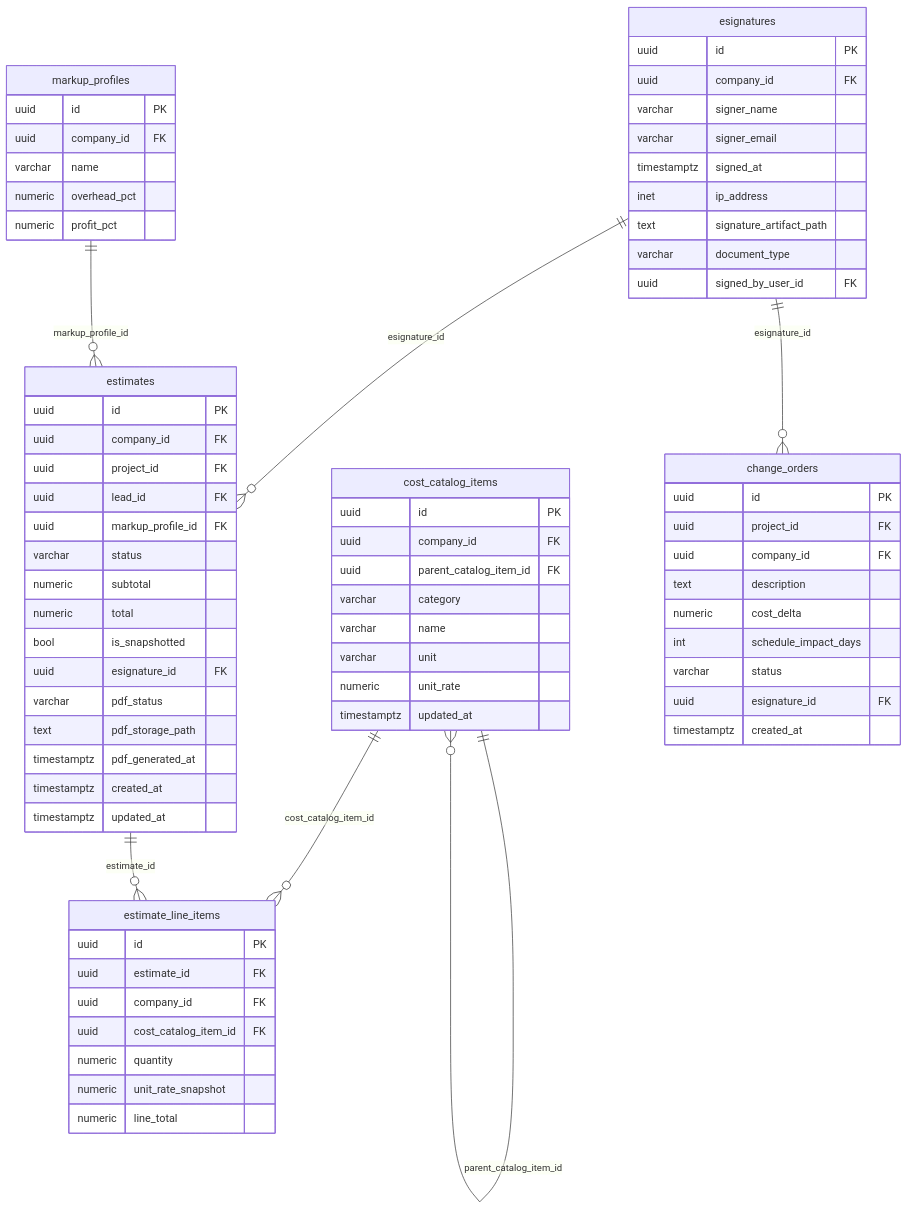
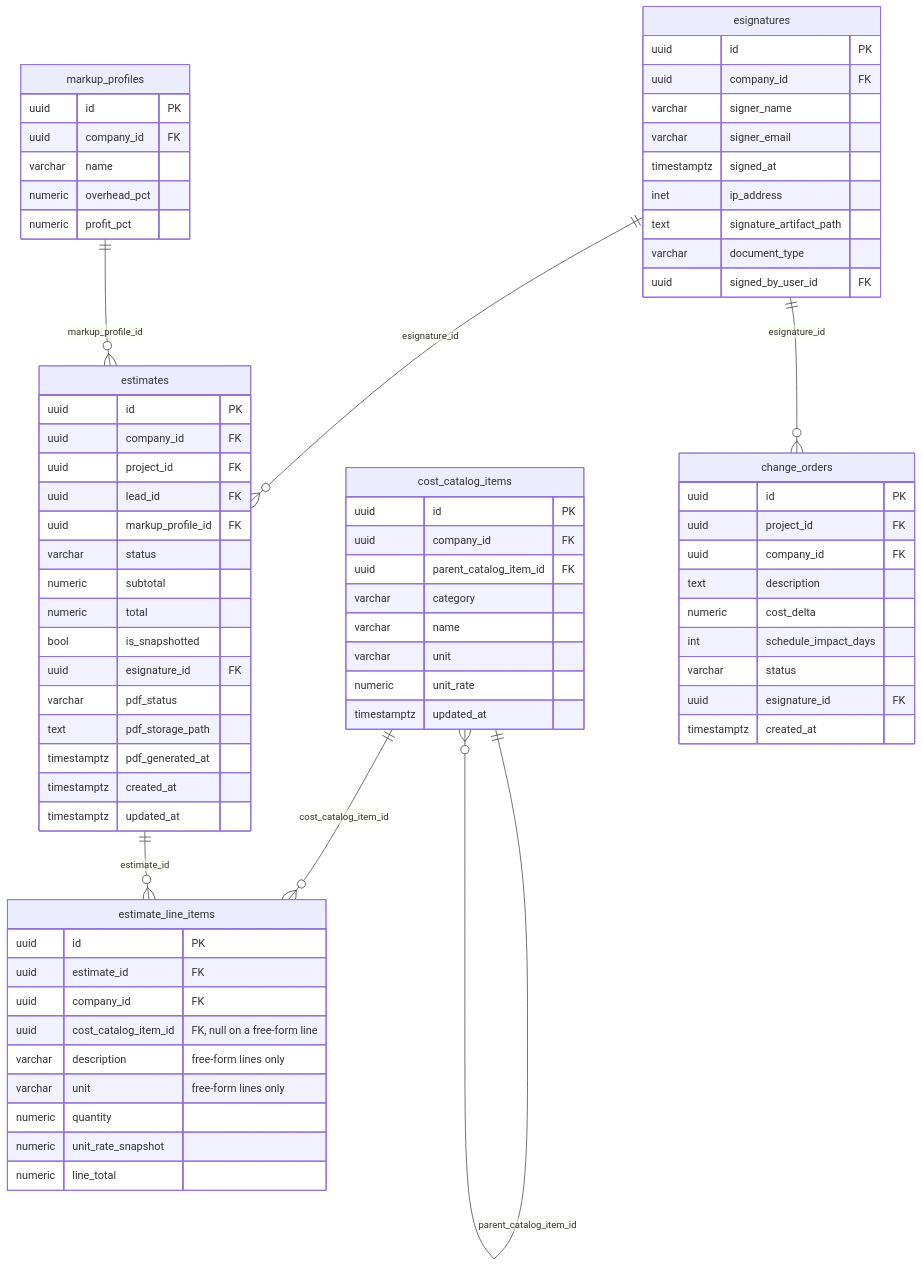
Before and after one commit to ETXSVC/New_Builders_Stream: the fifth of 13 diagrams in docs/13-database-erd.md, drawn with Mermaid. The commit also changed other lines of this file and 17 other files, not shown here.

First line of the commit message:
feat(estimates): a line for the work the catalog doesn't price (#136)

````diff
--- a/docs/13-database-erd.md
+++ b/docs/13-database-erd.md
@@ -276,75 +277,77 @@
 ```mermaid
 erDiagram
     cost_catalog_items {
         uuid id "PK"
         uuid company_id "FK"
         uuid parent_catalog_item_id "FK"
         varchar category
         varchar name
         varchar unit
         numeric unit_rate
         timestamptz updated_at
     }
     markup_profiles {
         uuid id "PK"
         uuid company_id "FK"
         varchar name
         numeric overhead_pct
         numeric profit_pct
     }
     estimates {
         uuid id "PK"
         uuid company_id "FK"
         uuid project_id "FK"
         uuid lead_id "FK"
         uuid markup_profile_id "FK"
         varchar status
         numeric subtotal
         numeric total
         bool is_snapshotted
         uuid esignature_id "FK"
         varchar pdf_status
         text pdf_storage_path
         timestamptz pdf_generated_at
         timestamptz created_at
         timestamptz updated_at
     }
     estimate_line_items {
         uuid id "PK"
         uuid estimate_id "FK"
         uuid company_id "FK"
-        uuid cost_catalog_item_id "FK"
+        uuid cost_catalog_item_id "FK, null on a free-form line"
+        varchar description "free-form lines only"
+        varchar unit "free-form lines only"
         numeric quantity
         numeric unit_rate_snapshot
         numeric line_total
     }
     esignatures {
         uuid id "PK"
         uuid company_id "FK"
         varchar signer_name
         varchar signer_email
         timestamptz signed_at
         inet ip_address
         text signature_artifact_path
         varchar document_type
         uuid signed_by_user_id "FK"
     }
     change_orders {
         uuid id "PK"
         uuid project_id "FK"
         uuid company_id "FK"
         text description
         numeric cost_delta
         int schedule_impact_days
         varchar status
         uuid esignature_id "FK"
         timestamptz created_at
     }
 
     esignatures ||--o{ change_orders : "esignature_id"
     cost_catalog_items ||--o{ cost_catalog_items : "parent_catalog_item_id"
     cost_catalog_items ||--o{ estimate_line_items : "cost_catalog_item_id"
     estimates ||--o{ estimate_line_items : "estimate_id"
     esignatures ||--o{ estimates : "esignature_id"
     markup_profiles ||--o{ estimates : "markup_profile_id"
 ```
````
